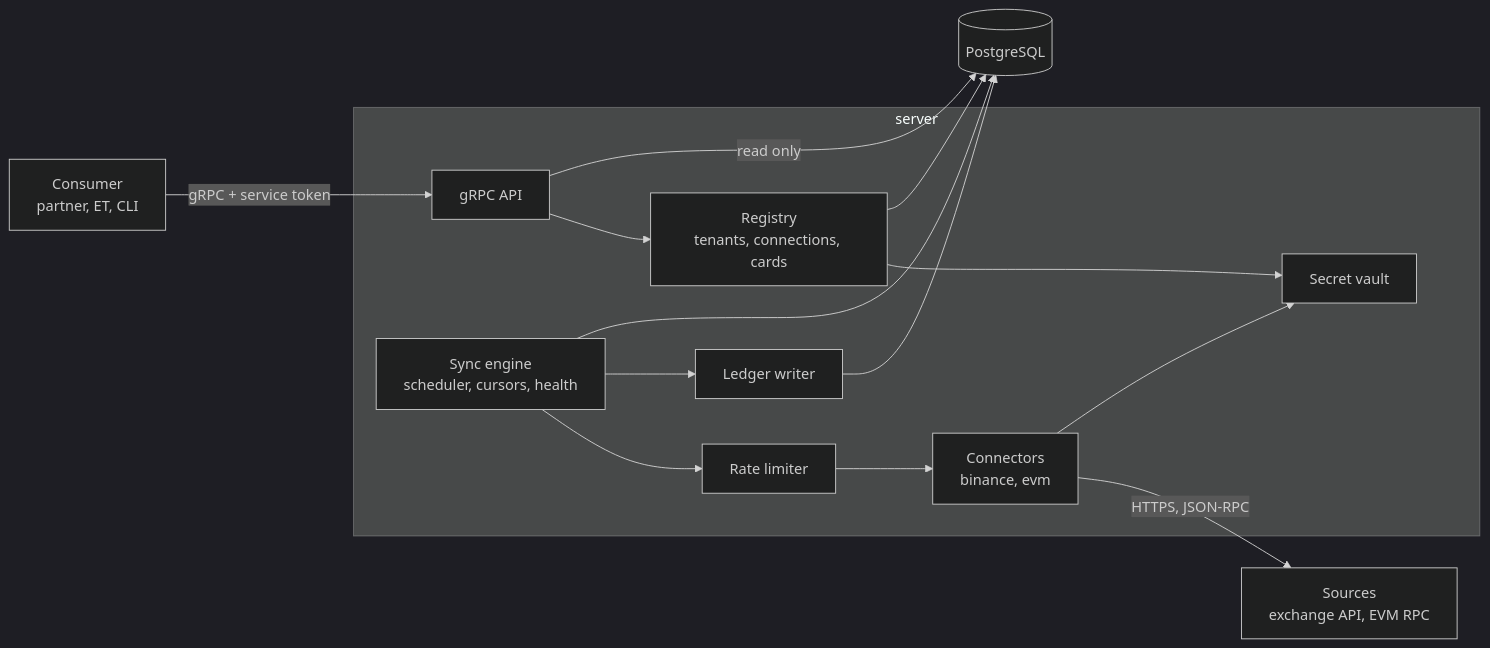
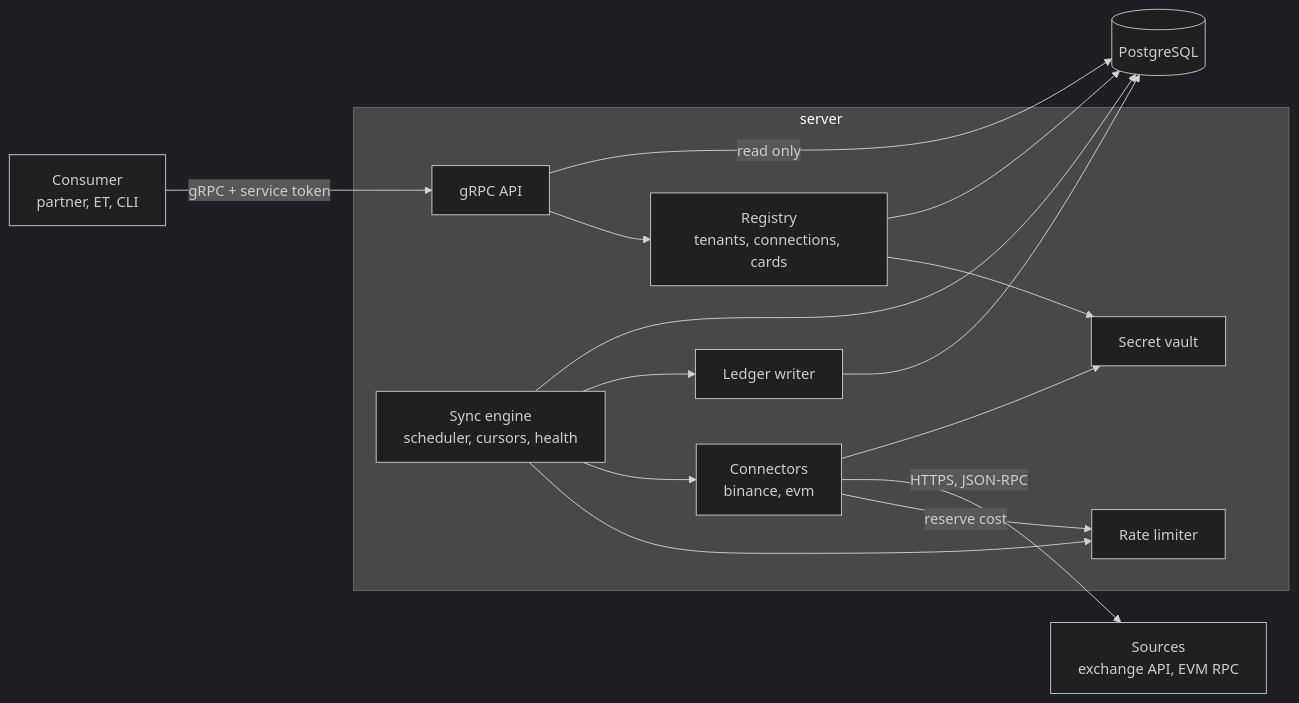
The first of 3 diagrams in docs/srs/core.md (DigitLock/crypto-account-service), drawn with Mermaid (dark theme) before and after one commit. The commit also changed other lines of this file and 9 other files, not shown here.

````diff
--- a/docs/srs/core.md
+++ b/docs/srs/core.md
@@ -40,30 +40,31 @@
 ```mermaid
 flowchart LR
     consumer[Consumer<br/>partner, ET, CLI]
 
     subgraph server[server]
         api[gRPC API]
         registry[Registry<br/>tenants, connections, cards]
         vault[Secret vault]
         engine[Sync engine<br/>scheduler, cursors, health]
         limiter[Rate limiter]
         conn[Connectors<br/>binance, evm]
         ledger[Ledger writer]
     end
 
     db[(PostgreSQL)]
     src[Sources<br/>exchange API, EVM RPC]
 
     consumer -- "gRPC + service token" --> api
     api --> registry
     api -- "read only" --> db
     registry --> vault
     registry --> db
     engine --> limiter
-    limiter --> conn
+    engine --> conn
+    conn -- "reserve cost" --> limiter
     conn -- "HTTPS, JSON-RPC" --> src
     conn --> vault
     engine --> ledger
     ledger --> db
     engine --> db
 ```
````
